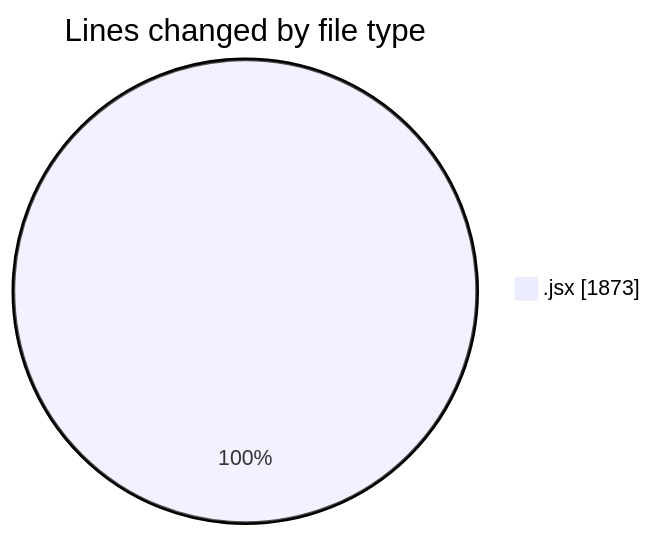
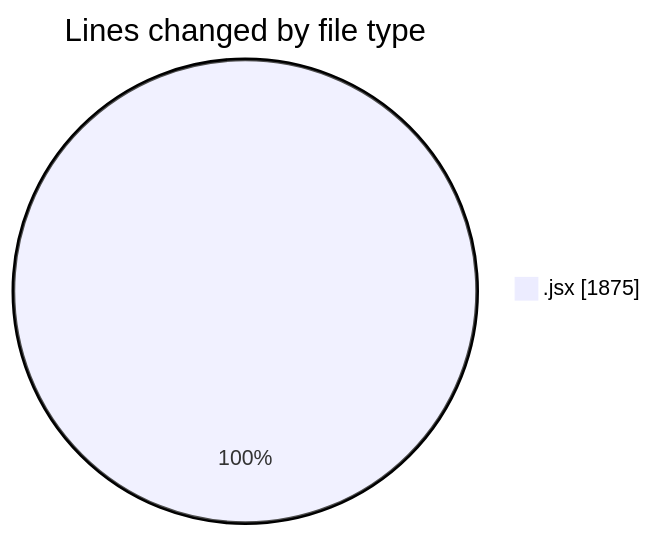
Before and after one commit to nxtqubesakshisongat/code-tracking: the first of 2 diagrams in 2025-05-10/argos-dev/README.md, drawn with Mermaid. The commit also changed other lines of this file and 1 other file, not shown here.

````diff
--- a/2025-05-10/argos-dev/README.md
+++ b/2025-05-10/argos-dev/README.md
@@ -21,5 +21,5 @@
 ```mermaid
 pie showData
 title Lines changed by file type
-".jsx" : 1873
+".jsx" : 1875
 ```
````
